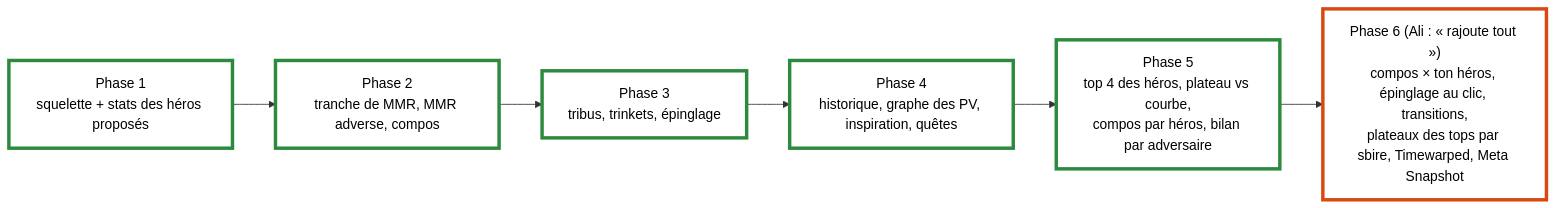
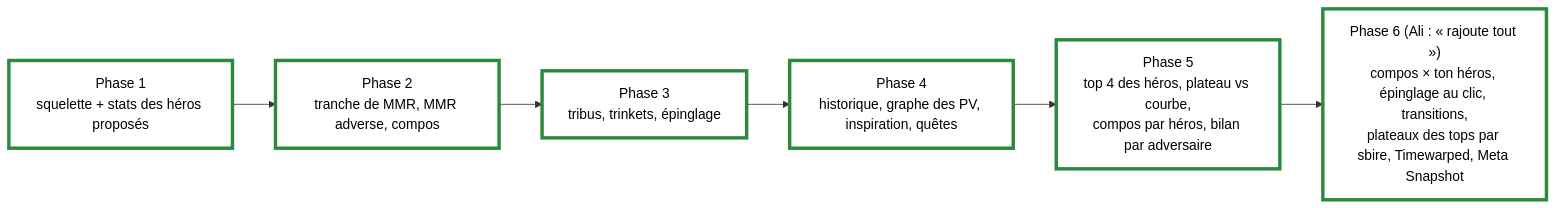
Before and after one commit to elphono/tavern-compass: the diagram in docs/plans/2026-09-26-parite-tier7-plan.md, drawn with Mermaid. The commit also changed other lines of this file and 3 other files, not shown here.

````diff
--- a/docs/plans/2026-09-26-parite-tier7-plan.md
+++ b/docs/plans/2026-09-26-parite-tier7-plan.md
@@ -9,12 +9,10 @@
 ```mermaid
 flowchart LR
     P1["Phase 1<br/>squelette + stats des héros proposés"] --> P2["Phase 2<br/>tranche de MMR, MMR adverse, compos"]
     P2 --> P3["Phase 3<br/>tribus, trinkets, épinglage"]
     P3 --> P4["Phase 4<br/>historique, graphe des PV, inspiration, quêtes"]
     P4 --> P5["Phase 5<br/>top 4 des héros, plateau vs courbe,<br/>compos par héros, bilan par adversaire"]
     classDef done fill:#ffffff,stroke:#2b8a3e,stroke-width:4px,color:#000000
     P5 --> P6["Phase 6 (Ali : « rajoute tout »)<br/>compos × ton héros, épinglage au clic, transitions,<br/>plateaux des tops par sbire, Timewarped, Meta Snapshot"]
-    classDef todo fill:#ffffff,stroke:#d9480f,stroke-width:4px,color:#000000
-    class P1,P2,P3,P4,P5 done
-    class P6 todo
+    class P1,P2,P3,P4,P5,P6 done
 ```
````
